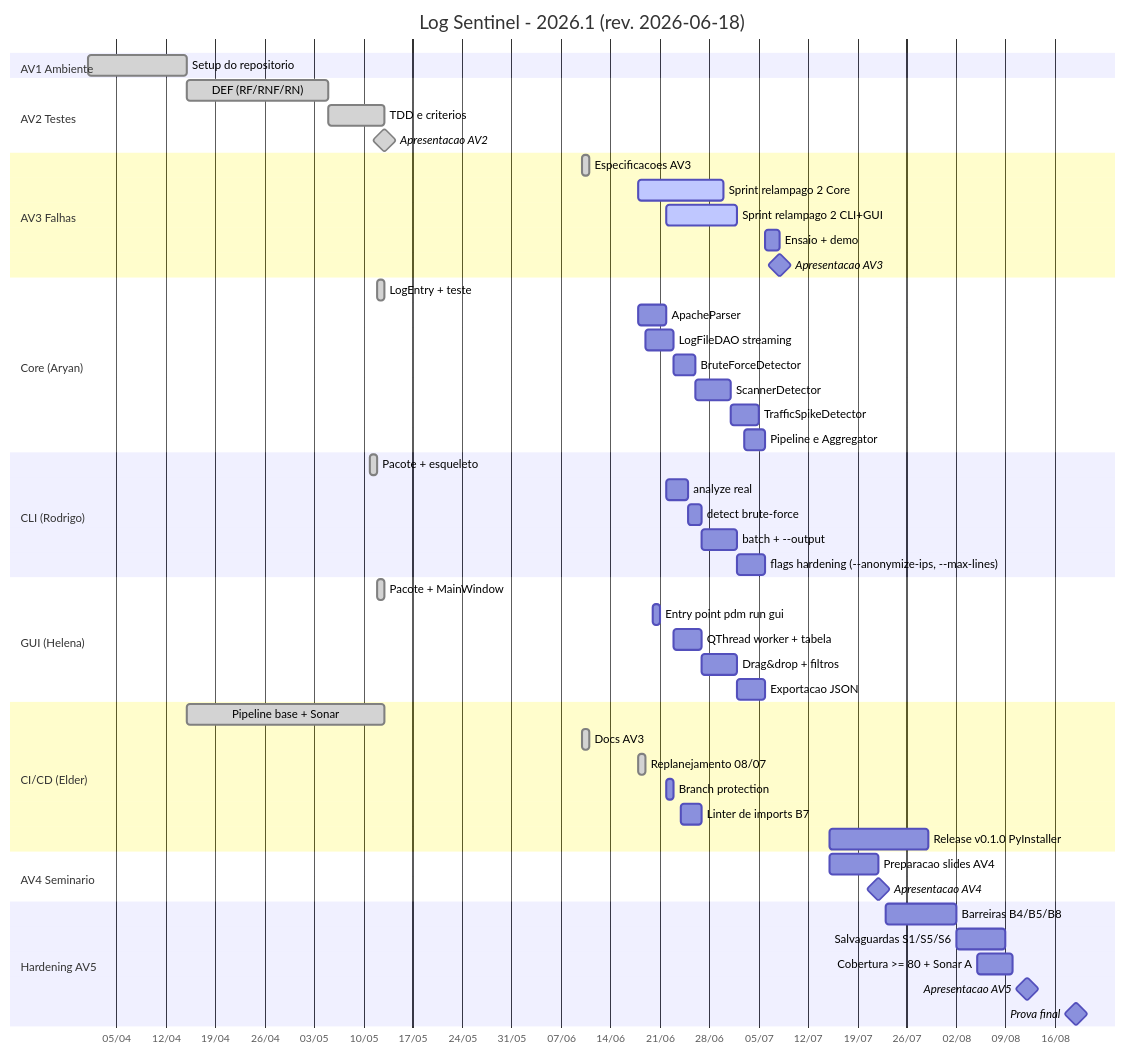
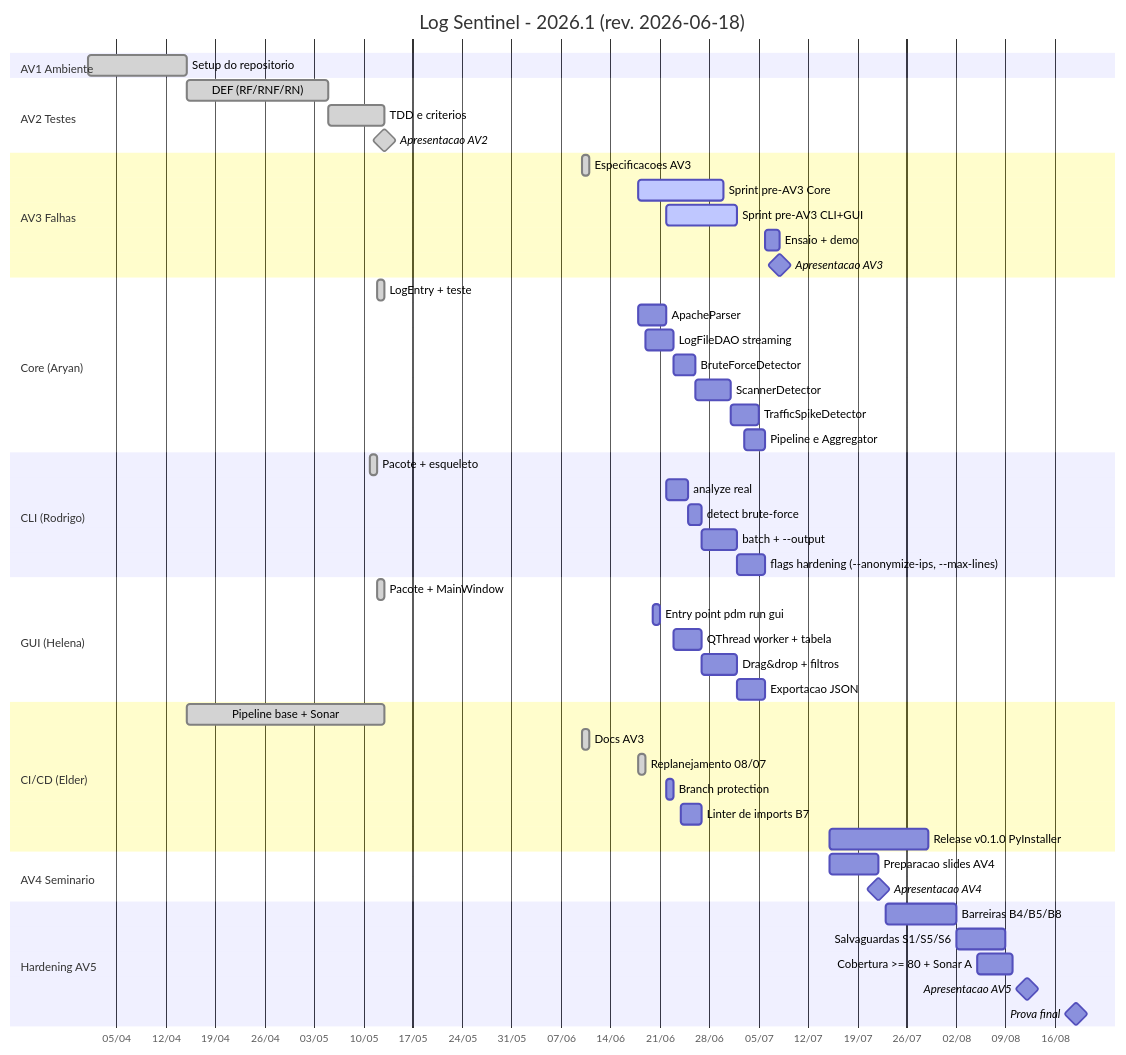
One commit to 202316360036/log-sentinel changed the diagram in docs/GANTT.md. Above: the diagram before and after it, drawn with Mermaid. The commit also changed other lines of this file and 2 other files, not shown here.

First line of the commit message:
docs(av3): renomeia "sprint relampago" para "sprint pre-AV3"

````diff
--- a/docs/GANTT.md
+++ b/docs/GANTT.md
@@ -13,63 +13,63 @@
 ```mermaid
 gantt
     title Log Sentinel - 2026.1 (rev. 2026-06-18)
     dateFormat YYYY-MM-DD
     axisFormat %d/%m
 
     section AV1 Ambiente
     Setup do repositorio     :done, 2026-04-01, 2026-04-15
 
     section AV2 Testes
     DEF (RF/RNF/RN)          :done, 2026-04-15, 2026-05-05
     TDD e criterios          :done, 2026-05-05, 2026-05-13
     Apresentacao AV2         :milestone, done, 2026-05-13, 0d
 
     section AV3 Falhas
     Especificacoes AV3       :done, 2026-06-10, 1d
-    Sprint relampago 2 Core  :active, 2026-06-18, 12d
-    Sprint relampago 2 CLI+GUI :active, 2026-06-22, 10d
+    Sprint pre-AV3 Core  :active, 2026-06-18, 12d
+    Sprint pre-AV3 CLI+GUI :active, 2026-06-22, 10d
     Ensaio + demo            :2026-07-06, 2d
     Apresentacao AV3         :milestone, 2026-07-08, 0d
 
     section Core (Aryan)
     LogEntry + teste         :done, 2026-05-12, 1d
     ApacheParser             :2026-06-18, 4d
     LogFileDAO streaming     :2026-06-19, 4d
     BruteForceDetector       :2026-06-23, 3d
     ScannerDetector          :2026-06-26, 5d
     TrafficSpikeDetector     :2026-07-01, 4d
     Pipeline e Aggregator    :2026-07-03, 3d
 
     section CLI (Rodrigo)
     Pacote + esqueleto       :done, 2026-05-11, 1d
     analyze real             :2026-06-22, 3d
     detect brute-force       :2026-06-25, 2d
     batch + --output         :2026-06-27, 5d
     flags hardening (--anonymize-ips, --max-lines) :2026-07-02, 4d
 
     section GUI (Helena)
     Pacote + MainWindow      :done, 2026-05-12, 1d
     Entry point pdm run gui  :2026-06-20, 1d
     QThread worker + tabela  :2026-06-23, 4d
     Drag&drop + filtros      :2026-06-27, 5d
     Exportacao JSON          :2026-07-02, 4d
 
     section CI/CD (Elder)
     Pipeline base + Sonar    :done, 2026-04-15, 28d
     Docs AV3                 :done, 2026-06-10, 1d
     Replanejamento 08/07     :done, 2026-06-18, 1d
     Branch protection        :2026-06-22, 1d
     Linter de imports B7     :2026-06-24, 3d
     Release v0.1.0 PyInstaller :2026-07-15, 14d
 
     section AV4 Seminario
     Preparacao slides AV4    :2026-07-15, 7d
     Apresentacao AV4         :milestone, 2026-07-22, 0d
 
     section Hardening AV5
     Barreiras B4/B5/B8       :2026-07-23, 10d
     Salvaguardas S1/S5/S6    :2026-08-02, 7d
     Cobertura >= 80 + Sonar A :2026-08-05, 5d
     Apresentacao AV5         :milestone, 2026-08-12, 0d
     Prova final              :milestone, 2026-08-19, 0d
 ```
````
